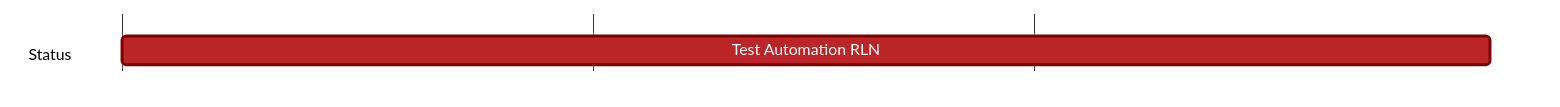
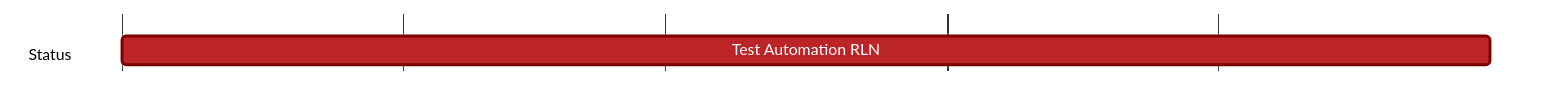
Before and after one commit to logos-co/roadmap: the diagram in content/vac/qa/g/waku/test-automation-rln.md, drawn with Mermaid.

````diff
--- a/content/vac/qa/g/waku/test-automation-rln.md
+++ b/content/vac/qa/g/waku/test-automation-rln.md
@@ -7,20 +7,20 @@
 ```mermaid
 %%{ 
   init: { 
     'theme': 'base', 
     'themeVariables': { 
       'primaryColor': '#BB2528', 
       'primaryTextColor': '#fff', 
       'primaryBorderColor': '#7C0000', 
       'lineColor': '#F8B229', 
       'secondaryColor': '#006100', 
       'tertiaryColor': '#fff' 
     } 
   } 
 }%%
 gantt
   tickInterval 1month
   dateFormat YYYY-MM-DD 
   section Status
-    Test Automation RLN:  2024-01-01, 2024-03-31
+    Test Automation RLN:  2024-01-01, 2024-05-31
 ```
````
